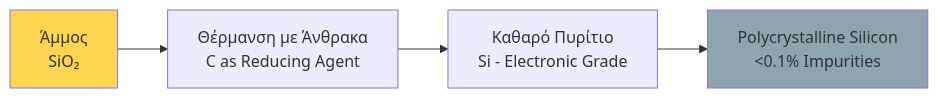
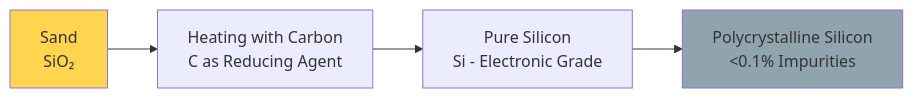
One commit to PanagopoulosNikolaos/DitOpenNotes changed diagram 13 of 16 in Year_2/Semester_3/COMPUTER_ARCHITECTURE/Resources/Notes/Processor-Design-Smart-Notes-8.md. Above: the diagram before and after it, drawn with Mermaid. The commit also changed other lines of this file and 50 other files, not shown here.

````diff
--- a/Year_2/Semester_3/COMPUTER_ARCHITECTURE/Resources/Notes/Processor-Design-Smart-Notes-8.md
+++ b/Year_2/Semester_3/COMPUTER_ARCHITECTURE/Resources/Notes/Processor-Design-Smart-Notes-8.md
@@ -587,9 +587,9 @@
 ```mermaid
 flowchart LR
-    A[Άμμος<br/>SiO₂] --> B[Θέρμανση με Άνθρακα<br/>C as Reducing Agent]
-    B --> C[Καθαρό Πυρίτιο<br/>Si - Electronic Grade]
+    A[Sand<br/>SiO₂] --> B[Heating with Carbon<br/>C as Reducing Agent]
+    B --> C[Pure Silicon<br/>Si - Electronic Grade]
     C --> D[Polycrystalline Silicon<br/><0.1% Impurities]
     
     style A fill:#ffd54f
     style D fill:#90a4ae
 ```
````
